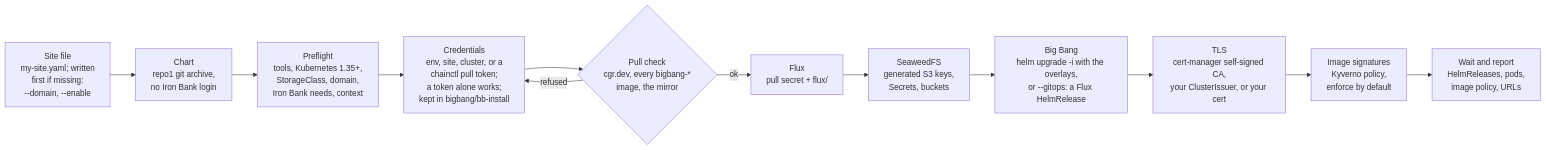
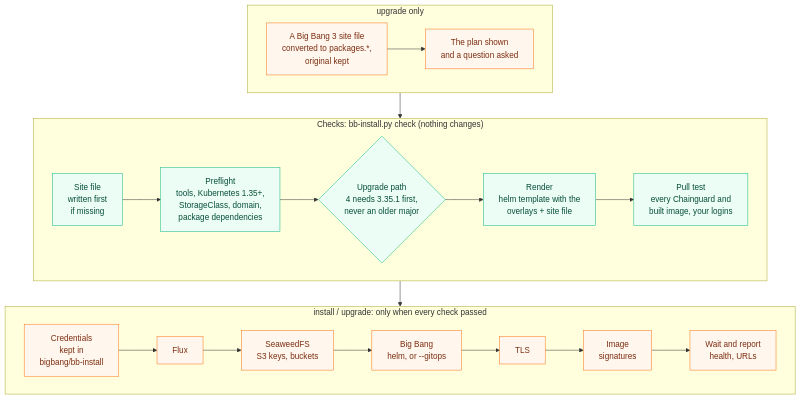
Before and after one commit to Zapata-Technology/bigbang-chainguard: the fourth of 9 diagrams in docs/architecture.md, drawn with Mermaid. The commit also changed other lines of this file and 8 other files, not shown here.

First line of the commit message:
Docs, diagrams and installer test for Big Bang 4 and check/upgrade (#132)

````diff
--- a/docs/architecture.md
+++ b/docs/architecture.md
@@ -142,14 +145,32 @@
 ```mermaid
-flowchart LR
-    SF[Site file<br/>my-site.yaml; written<br/>first if missing:<br/>--domain, --enable] --> CH[Chart<br/>repo1 git archive,<br/>no Iron Bank login]
-    CH --> PF[Preflight<br/>tools, Kubernetes 1.35+,<br/>StorageClass, domain,<br/>Iron Bank needs, context]
-    PF --> CR[Credentials<br/>env, site, cluster, or a<br/>chainctl pull token;<br/>a token alone works;<br/>kept in bigbang/bb-install]
-    CR --> PC{Pull check<br/>cgr.dev, every bigbang-*<br/>image, the mirror}
-    PC -- refused --> CR
-    PC -- ok --> FX[Flux<br/>pull secret + flux/]
-    FX --> SW[SeaweedFS<br/>generated S3 keys,<br/>Secrets, buckets]
-    SW --> BB[Big Bang<br/>helm upgrade -i with the overlays,<br/>or --gitops: a Flux HelmRelease]
-    BB --> TL[TLS<br/>cert-manager self-signed CA,<br/>your ClusterIssuer, or your cert]
-    TL --> SG[Image signatures<br/>Kyverno policy,<br/>enforce by default]
-    SG --> W[Wait and report<br/>HelmReleases, pods,<br/>image policy, URLs]
+flowchart TB
+    subgraph UPG["upgrade only"]
+        direction LR
+        MG["A Big Bang 3 site file<br/>converted to packages.*,<br/>original kept"] --> PL["The plan shown<br/>and a question asked"]
+    end
+
+    subgraph CHK["Checks: bb-install.py check (nothing changes)"]
+        direction LR
+        SF["Site file<br/>written first<br/>if missing"] --> PF["Preflight<br/>tools, Kubernetes 1.35+,<br/>StorageClass, domain,<br/>package dependencies"]
+        PF --> UP{"Upgrade path<br/>4 needs 3.35.1 first,<br/>never an older major"}
+        UP --> RD["Render<br/>helm template with the<br/>overlays + site file"]
+        RD --> PC["Pull test<br/>every Chainguard and<br/>built image, your logins"]
+    end
+
+    subgraph INS["install / upgrade: only when every check passed"]
+        direction LR
+        CR["Credentials<br/>kept in<br/>bigbang/bb-install"] --> FX["Flux"]
+        FX --> SW["SeaweedFS<br/>S3 keys, buckets"]
+        SW --> BB["Big Bang<br/>helm, or --gitops"]
+        BB --> TL["TLS"]
+        TL --> SG["Image<br/>signatures"]
+        SG --> W["Wait and report<br/>health, URLs"]
+    end
+
+    UPG --> CHK --> INS
+
+    classDef check fill:#ecfdf5,stroke:#10b981,color:#064e3b
+    classDef act fill:#fff7ed,stroke:#f97316,color:#7c2d12
+    class SF,PF,UP,RD,PC check
+    class CR,FX,SW,BB,TL,SG,W,MG,PL act
 ```
````
